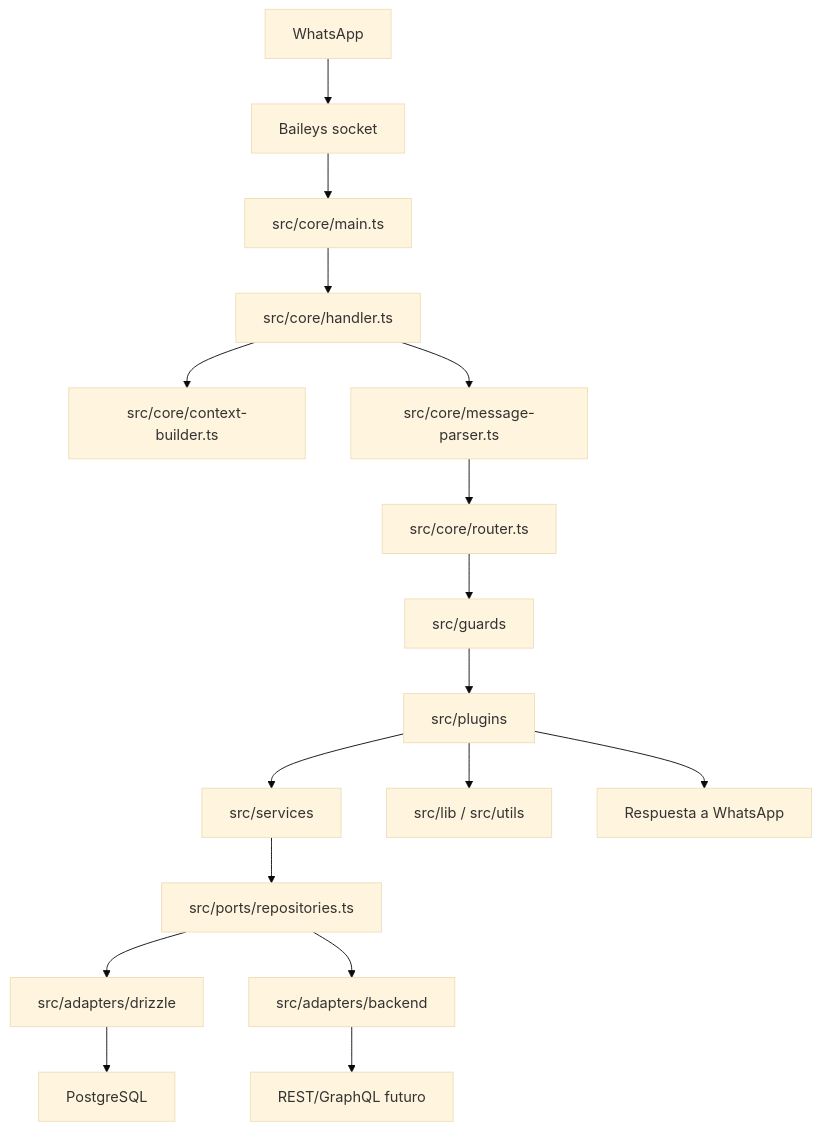
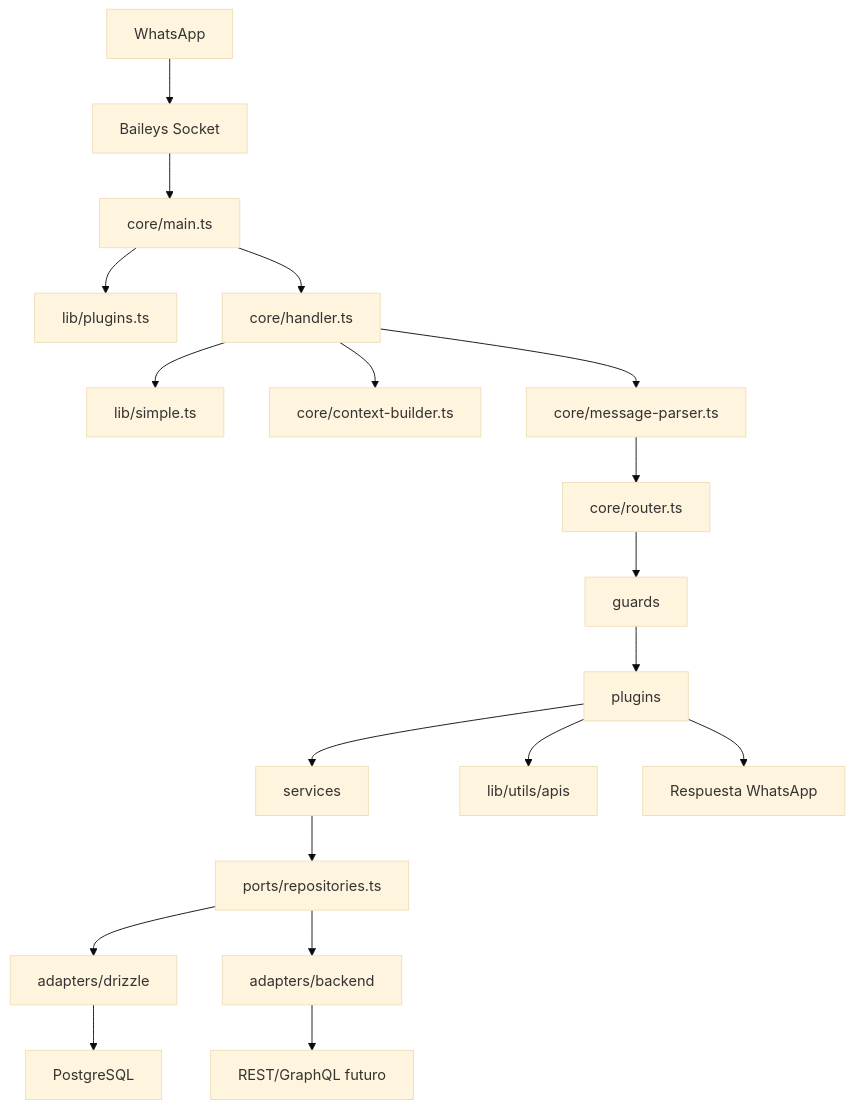
Before and after one commit to JuliusSauco/zycryx-whatsapp-chat-bot-template: the diagram in README.md, drawn with Mermaid (base theme). The commit also changed other lines of this file and 64 other files, not shown here.

````diff
--- a/README.md
+++ b/README.md
@@ -265,19 +270,21 @@
 ```mermaid
 flowchart TD
-    A["WhatsApp"] --> B["Baileys socket"]
-    B --> C["src/core/main.ts"]
-    C --> D["src/core/handler.ts"]
-    D --> E["src/core/context-builder.ts"]
-    D --> F["src/core/message-parser.ts"]
-    F --> G["src/core/router.ts"]
-    G --> H["src/guards"]
-    H --> I["src/plugins"]
-    I --> J["src/services"]
-    J --> K["src/ports/repositories.ts"]
-    K --> L["src/adapters/drizzle"]
-    K --> N["src/adapters/backend"]
-    L --> O["PostgreSQL"]
-    N --> P["REST/GraphQL futuro"]
-    I --> Q["src/lib / src/utils"]
-    I --> M["Respuesta a WhatsApp"]
+    A["WhatsApp"] --> B["Baileys Socket"]
+    B --> C["core/main.ts"]
+    C --> D["lib/plugins.ts"]
+    C --> E["core/handler.ts"]
+    E --> F["lib/simple.ts"]
+    E --> G["core/context-builder.ts"]
+    E --> H["core/message-parser.ts"]
+    H --> I["core/router.ts"]
+    I --> J["guards"]
+    J --> K["plugins"]
+    K --> L["services"]
+    L --> M["ports/repositories.ts"]
+    M --> N["adapters/drizzle"]
+    M --> O["adapters/backend"]
+    N --> P["PostgreSQL"]
+    O --> Q["REST/GraphQL futuro"]
+    K --> R["lib/utils/apis"]
+    K --> S["Respuesta WhatsApp"]
 ```
````
